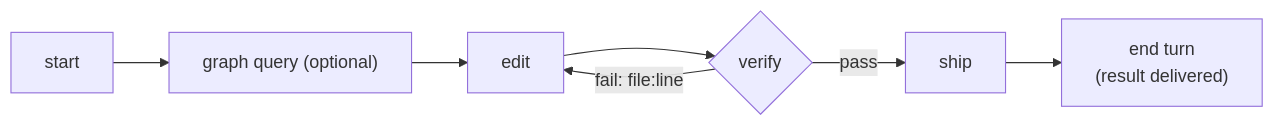
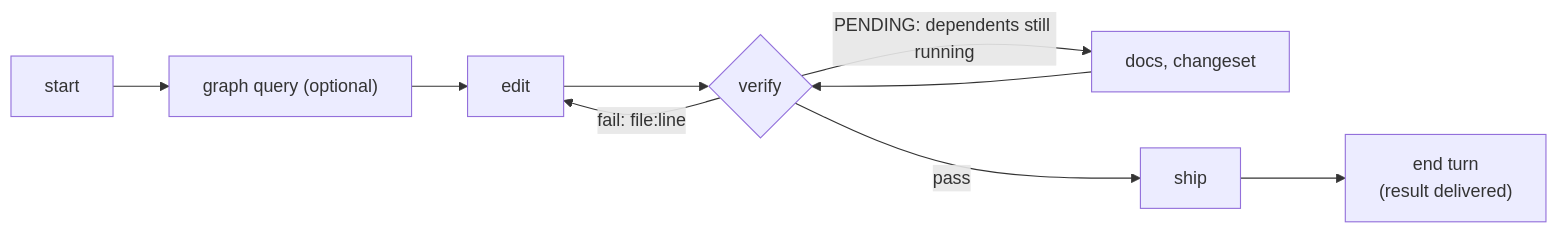
Before and after one commit to M0xoo/monoflow: the first of 2 diagrams in README.md, drawn with Mermaid. The commit also changed other lines of this file and 3 other files, not shown here.

````diff
--- a/README.md
+++ b/README.md
@@ -79,9 +80,11 @@
 ```mermaid
 flowchart LR
     A["start"] --> B["graph query (optional)"]
     B --> C["edit"]
     C --> D{"verify"}
     D -- "fail: file:line" --> C
+    D -- "PENDING: dependents still running" --> G["docs, changeset"]
+    G --> D
     D -- "pass" --> E["ship"]
     E --> F["end turn<br/>(result delivered)"]
 ```
````
